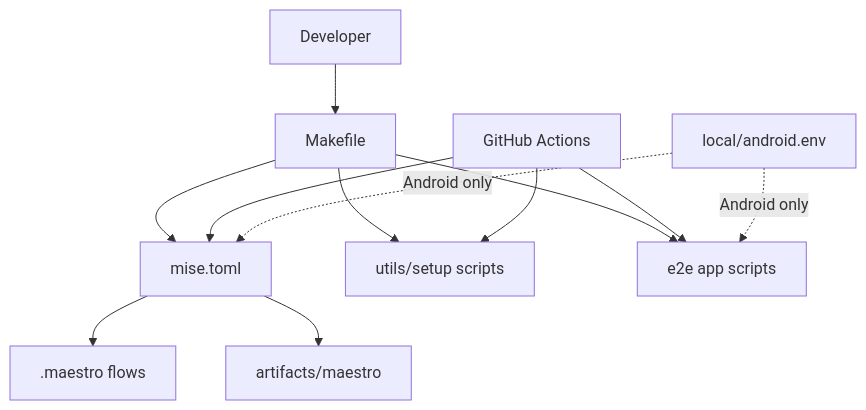
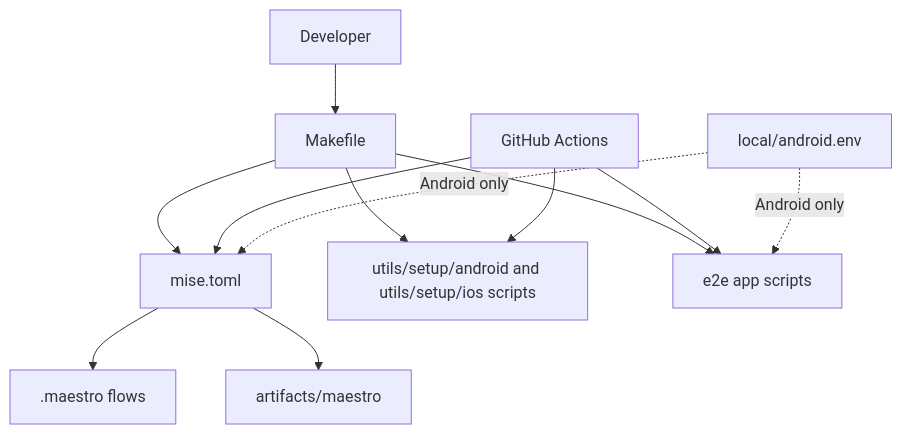
One commit to gkzz/maestro-playground changed the first of 6 diagrams in docs/ARCHITECTURE.md. Above: the diagram before and after it, drawn with Mermaid. The commit also changed other lines of this file and 4 other files, not shown here.

````diff
--- a/docs/ARCHITECTURE.md
+++ b/docs/ARCHITECTURE.md
@@ -5,28 +16,28 @@
 ```mermaid
 flowchart TB
   developer[Developer]
   ci[GitHub Actions]
 
   make[Makefile]
   mise[mise.toml]
   flows[.maestro flows]
-  setup[utils/setup scripts]
+  setup[utils/setup/android and utils/setup/ios scripts]
   local[local/android.env]
   apps[e2e app scripts]
   artifacts[artifacts/maestro]
 
   developer --> make
   make --> mise
   make --> setup
   make --> apps
 
   ci --> mise
   ci --> setup
   ci --> apps
 
   local -. Android only .-> mise
   local -. Android only .-> apps
 
   mise --> flows
   mise --> artifacts
 ```
````
